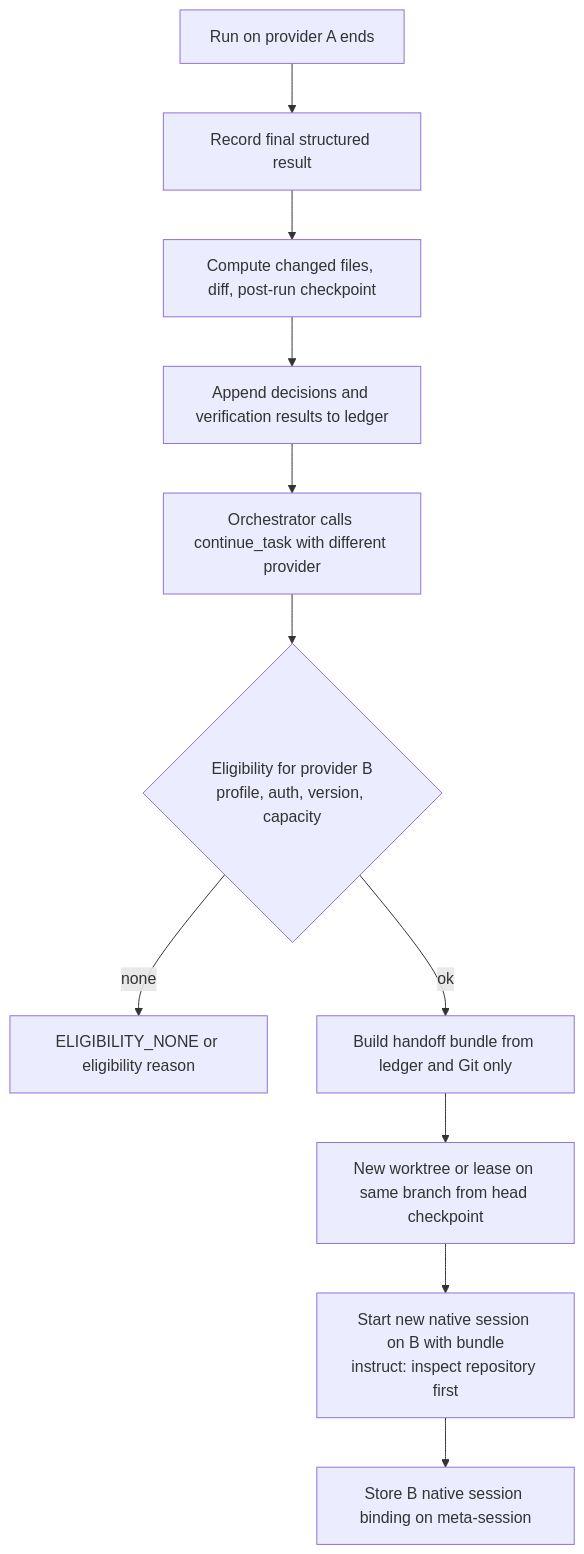
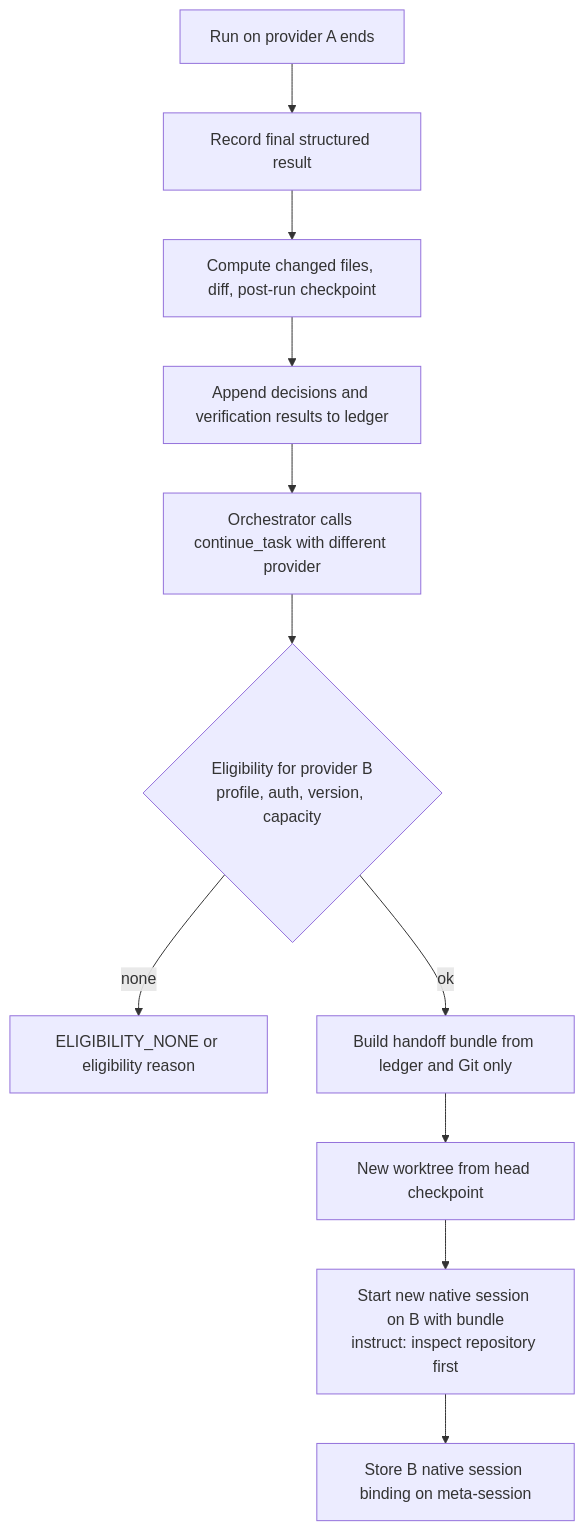
Before and after one commit to zemdregon/switchboard: the fifth of 9 diagrams in docs/design/HLD.md, drawn with Mermaid. The commit also changed other lines of this file and 6 other files, not shown here.

````diff
--- a/docs/design/HLD.md
+++ b/docs/design/HLD.md
@@ -296,13 +296,13 @@
 ```mermaid
 flowchart TD
     A[Run on provider A ends] --> B[Record final structured result]
     B --> C[Compute changed files, diff, post-run checkpoint]
     C --> D[Append decisions and verification results to ledger]
     D --> E[Orchestrator calls continue_task with different provider]
     E --> F{Eligibility for provider B<br/>profile, auth, version, capacity}
     F -- none --> G[ELIGIBILITY_NONE or eligibility reason]
     F -- ok --> H[Build handoff bundle from ledger and Git only]
-    H --> I[New worktree or lease on same branch from head checkpoint]
+    H --> I[New worktree from head checkpoint]
     I --> J[Start new native session on B with bundle<br/>instruct: inspect repository first]
     J --> K[Store B native session binding on meta-session]
 ```
````
